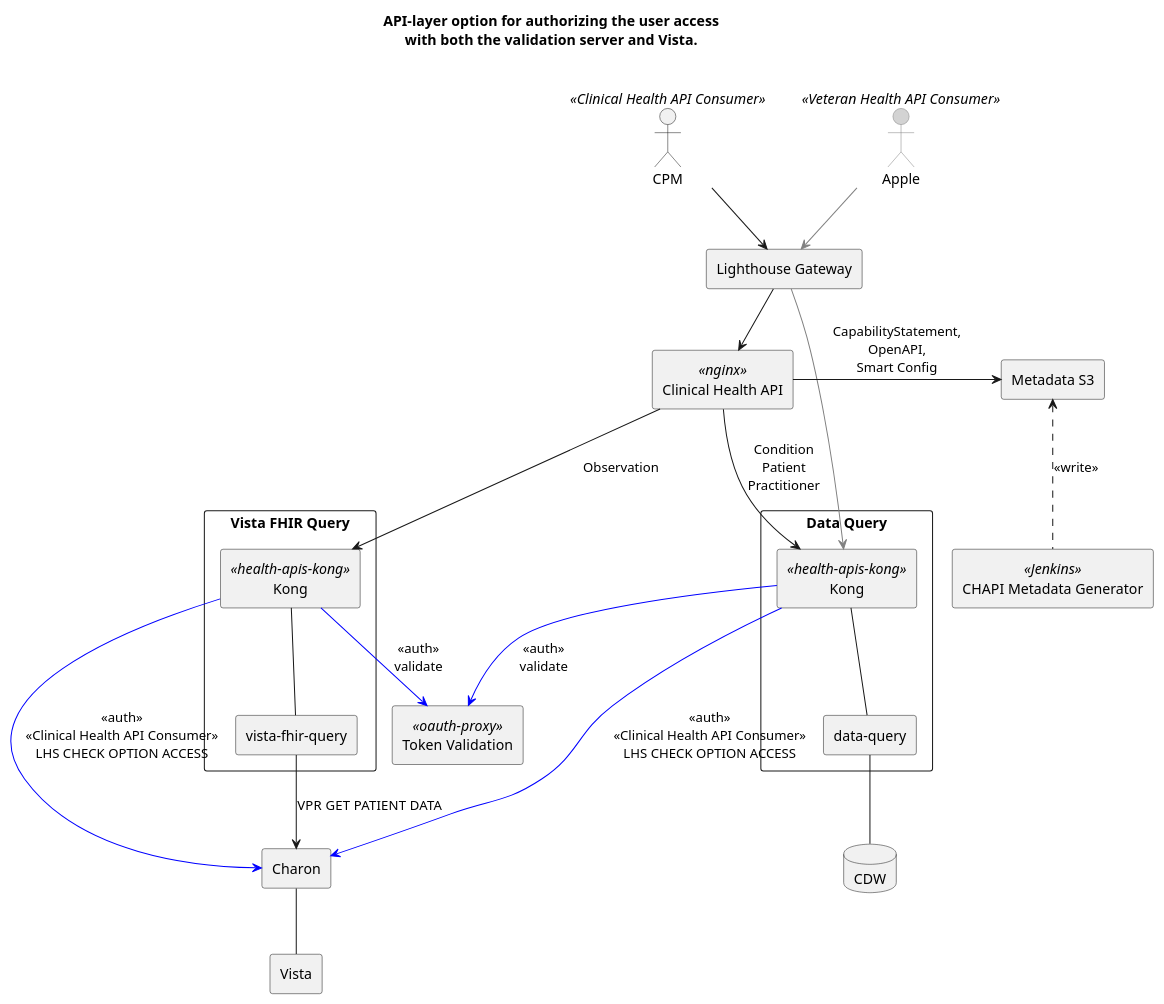
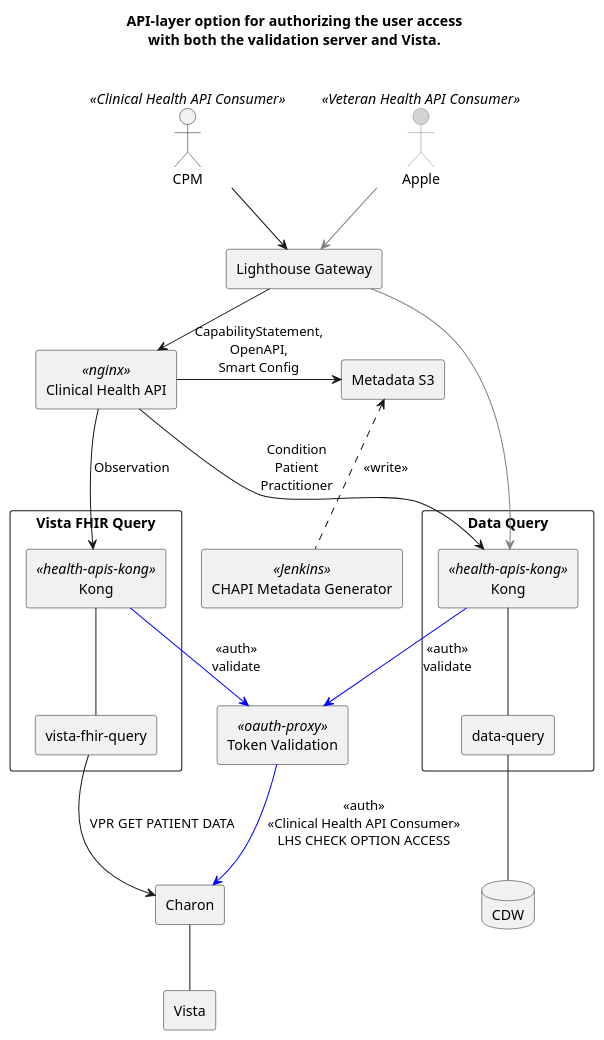
The diagram in src/plantuml/components.puml (department-of-veterans-affairs/health-apis-clinical-fhir), drawn with PlantUML before and after one commit. The commit also changed 2 other files, not shown here.

Commit message:
Added component diagram to authorization.md

```diff
--- a/src/plantuml/components.puml
+++ b/src/plantuml/components.puml
@@ -1,57 +1,56 @@
 @startuml
 'https://plantuml.com/component-diagram
 
 skinparam {
   shadowing false
   ActorBorderColor<<Veteran Health API Consumer>> Gray
   ActorBackgroundColor<<Veteran Health API Consumer>> LightGray
 }
 
 title
 API-layer option for authorizing the user access
 with both the validation server and Vista.
 
 end title
 
 actor CPM <<Clinical Health API Consumer>>
 actor Apple <<Veteran Health API Consumer>>
 rectangle "Lighthouse Gateway" as GW
 rectangle "Clinical Health API" <<nginx>> as CHAPI
 rectangle "Data Query" as DQ {
   rectangle Kong <<health-apis-kong>> as DQK
   rectangle "data-query" as DQA
 }
 rectangle "Vista FHIR Query" as VFQ {
   rectangle Kong <<health-apis-kong>> as VFQK
   rectangle "vista-fhir-query" as VFQA
 }
 rectangle Charon
 database CDW
 rectangle Vista
 rectangle "CHAPI Metadata Generator" as CU <<Jenkins>>
 rectangle "Metadata S3" as MD
 rectangle "Token Validation" as TV <<oauth-proxy>>
 
 
 CPM --> GW
 Apple -[#Gray]-> GW
 GW --> CHAPI
 GW -[#Gray]-> DQK
 CHAPI --> DQK : Condition\nPatient\nPractitioner
 CHAPI --> VFQK : Observation
 CHAPI -> MD : CapabilityStatement,\nOpenAPI,\nSmart Config
 VFQA --> Charon : VPR GET PATIENT DATA
-VFQK -[#Blue]-> Charon : <<auth>>\n<<Clinical Health API Consumer>>\nLHS CHECK OPTION ACCESS
 VFQK -- VFQA
-DQK -[#Blue]-> Charon : <<auth>>\n<<Clinical Health API Consumer>>\nLHS CHECK OPTION ACCESS
 DQK -- DQA
 DQA -- CDW
 Charon -- Vista
 DQK -[#Blue]-> TV : <<auth>>\nvalidate
 VFQK -[#Blue]-> TV : <<auth>>\nvalidate
+TV -[#Blue]-> Charon : <<auth>>\n<<Clinical Health API Consumer>>\nLHS CHECK OPTION ACCESS
 
 'CU .up. VFQ
 'CU .up. DQK
 CU .up.> MD : <<write>>
 
 @enduml
```
